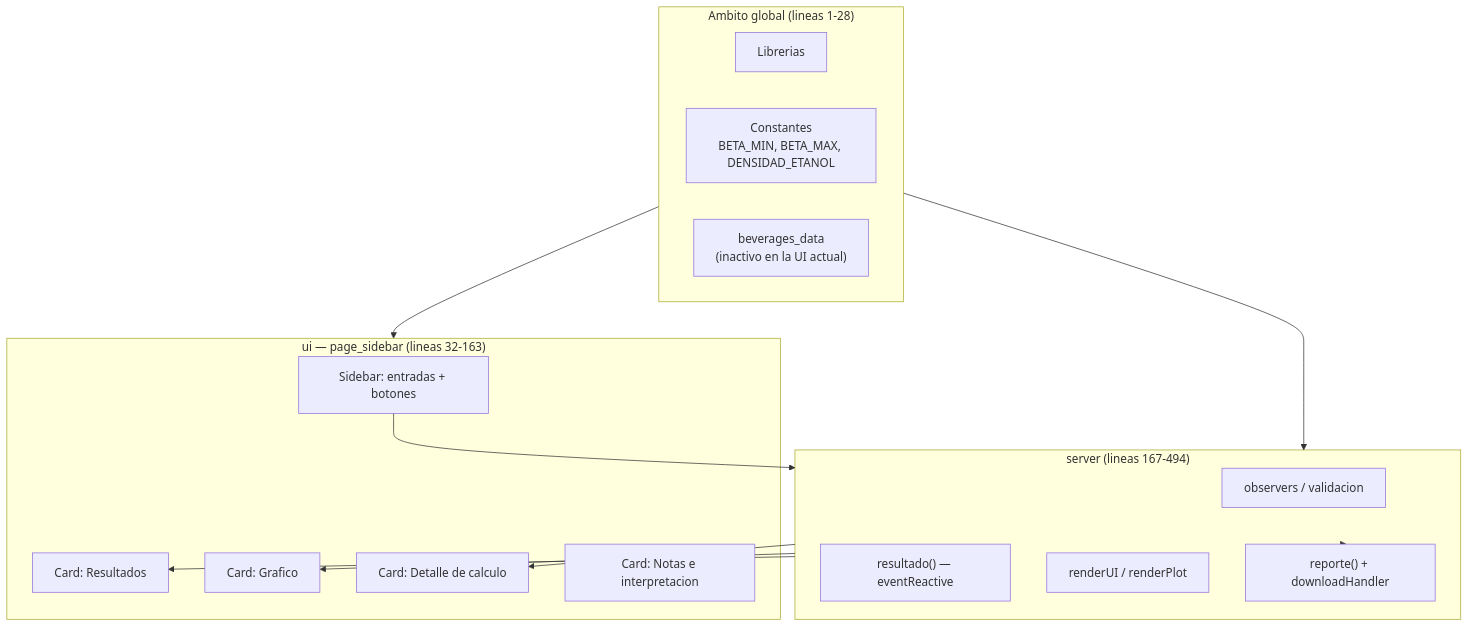
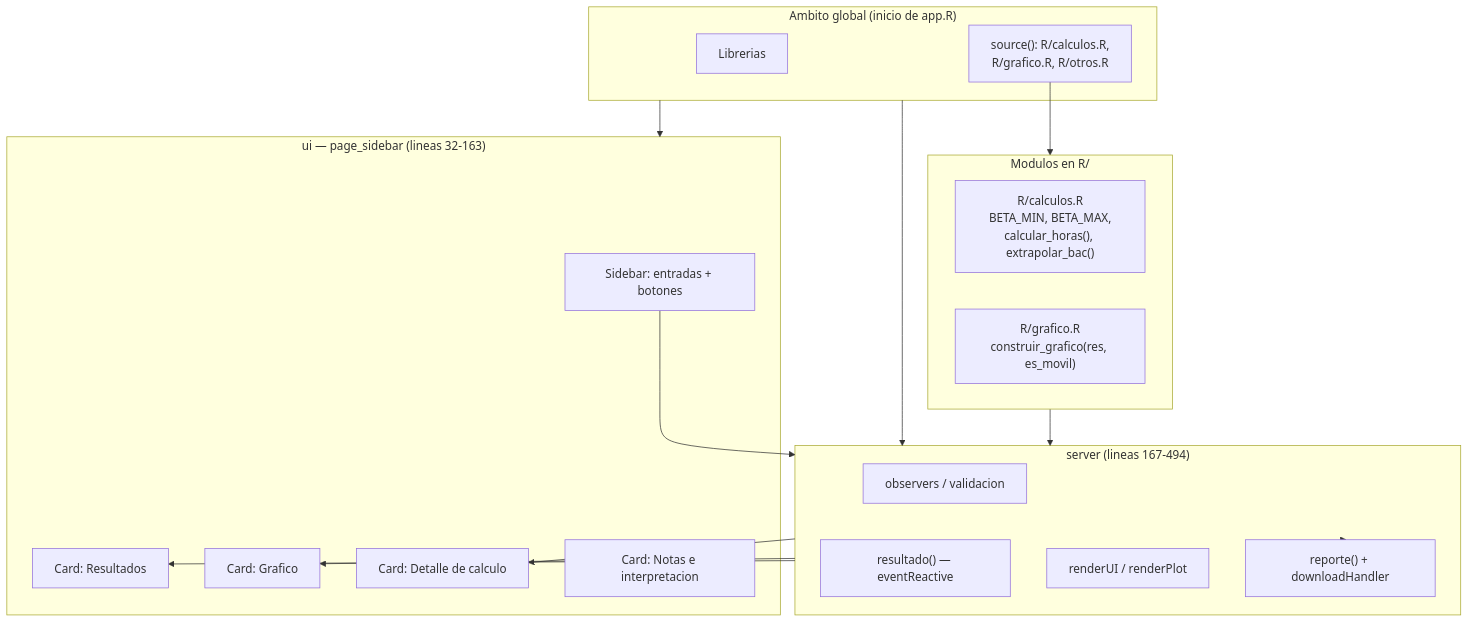
Before and after one commit to bastianolea/retro_bac: the first of 3 diagrams in documentos/documentacion.qmd, drawn with Mermaid. The commit also changed other lines of this file and 9 other files, not shown here.

````diff
--- a/documentos/documentacion.qmd
+++ b/documentos/documentacion.qmd
@@ -87,34 +125,41 @@
 ```{mermaid}
 %%| label: fig-arquitectura
 %%| fig-cap: "Estructura de alto nivel de app.R."
 
 flowchart TB
-  subgraph Global["Ambito global (lineas 1-28)"]
+  subgraph Global["Ambito global (inicio de app.R)"]
     LIBS["Librerias"]
-    CONST["Constantes<br/>BETA_MIN, BETA_MAX, DENSIDAD_ETANOL"]
-    BEV["beverages_data<br/>(inactivo en la UI actual)"]
+    SRC["source(): R/calculos.R,<br/>R/grafico.R, R/otros.R"]
   end
+
+  subgraph Modules["Modulos en R/"]
+    CALC["R/calculos.R<br/>BETA_MIN, BETA_MAX,<br/>calcular_horas(), extrapolar_bac()"]
+    GRAF["R/grafico.R<br/>construir_grafico(res, es_movil)"]
+  end
+
+  SRC --> Modules
+  Modules --> SERVER
 
   subgraph UI["ui — page_sidebar (lineas 32-163)"]
     SIDEBAR["Sidebar: entradas + botones"]
     RESULTS["Card: Resultados"]
     PLOT["Card: Grafico"]
     DETAIL["Card: Detalle de calculo"]
     NOTES["Card: Notas e interpretacion"]
   end
 
   subgraph SERVER["server (lineas 167-494)"]
     OBS["observers / validacion"]
     REACT["resultado() — eventReactive"]
     RENDER["renderUI / renderPlot"]
     DOWNLOAD["reporte() + downloadHandler"]
   end
 
   Global --> UI
   Global --> SERVER
   SIDEBAR --> SERVER
   SERVER --> RESULTS
   SERVER --> PLOT
   SERVER --> DETAIL
   SERVER --> DOWNLOAD
 ```
````
